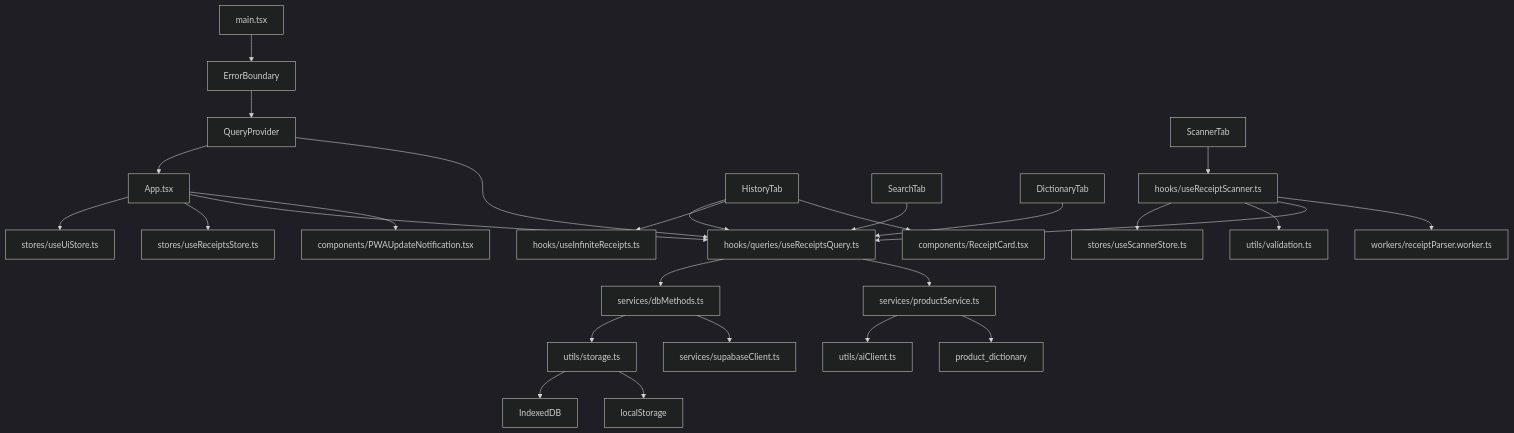
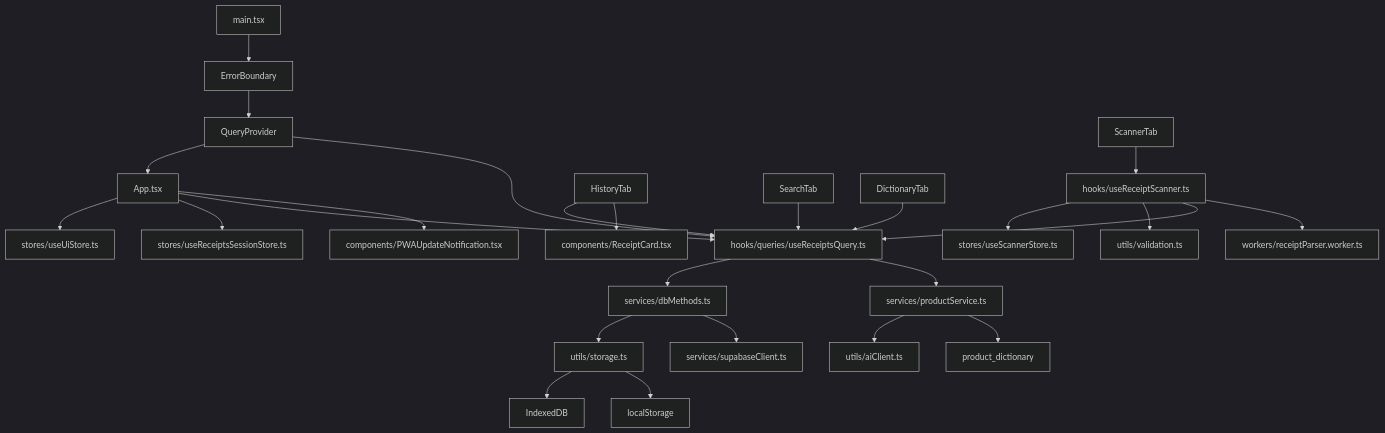
One commit to Bosguega/my_mercado changed the second of 2 diagrams in ARCHITECTURE.md. Above: the diagram before and after it, drawn with Mermaid (dark theme). The commit also changed other lines of this file and 10 other files, not shown here.

Commit message:
feat: implement shopping list management tab with purchase history suggestions and session persistence

````diff
--- a/ARCHITECTURE.md
+++ b/ARCHITECTURE.md
@@ -447,37 +453,36 @@
 ```mermaid
 graph TD
     main["main.tsx"] --> ErrorBoundary["ErrorBoundary"]
     ErrorBoundary --> QueryProvider["QueryProvider"]
     QueryProvider --> App["App.tsx"]
 
     App --> uiStore["stores/useUiStore.ts"]
-    App --> receiptsStore["stores/useReceiptsStore.ts"]
+    App --> receiptsSessionStore["stores/useReceiptsSessionStore.ts"]
     App --> receiptsQuery["hooks/queries/useReceiptsQuery.ts"]
     App --> pwaUpdate["components/PWAUpdateNotification.tsx"]
 
     ScannerTab --> scannerHook["hooks/useReceiptScanner.ts"]
     scannerHook --> scannerStore["stores/useScannerStore.ts"]
     scannerHook --> validation["utils/validation.ts"]
     scannerHook --> receiptsQuery
     scannerHook --> worker["workers/receiptParser.worker.ts"]
 
     HistoryTab --> receiptsQuery
-    HistoryTab --> infiniteHook["hooks/useInfiniteReceipts.ts"]
     HistoryTab --> ReceiptCard["components/ReceiptCard.tsx"]
 
     SearchTab --> receiptsQuery
     DictionaryTab --> receiptsQuery
 
     receiptsQuery --> dbMethods["services/dbMethods.ts"]
     dbMethods --> storage["utils/storage.ts"]
     dbMethods --> supabase["services/supabaseClient.ts"]
-    
+
     receiptsQuery --> productService["services/productService.ts"]
     productService --> ai["utils/aiClient.ts"]
     productService --> dictionary["product_dictionary"]
 
     QueryProvider --> receiptsQuery
-    
+
     storage --> indexedDB["IndexedDB"]
     storage --> localStorage["localStorage"]
 ```
````
